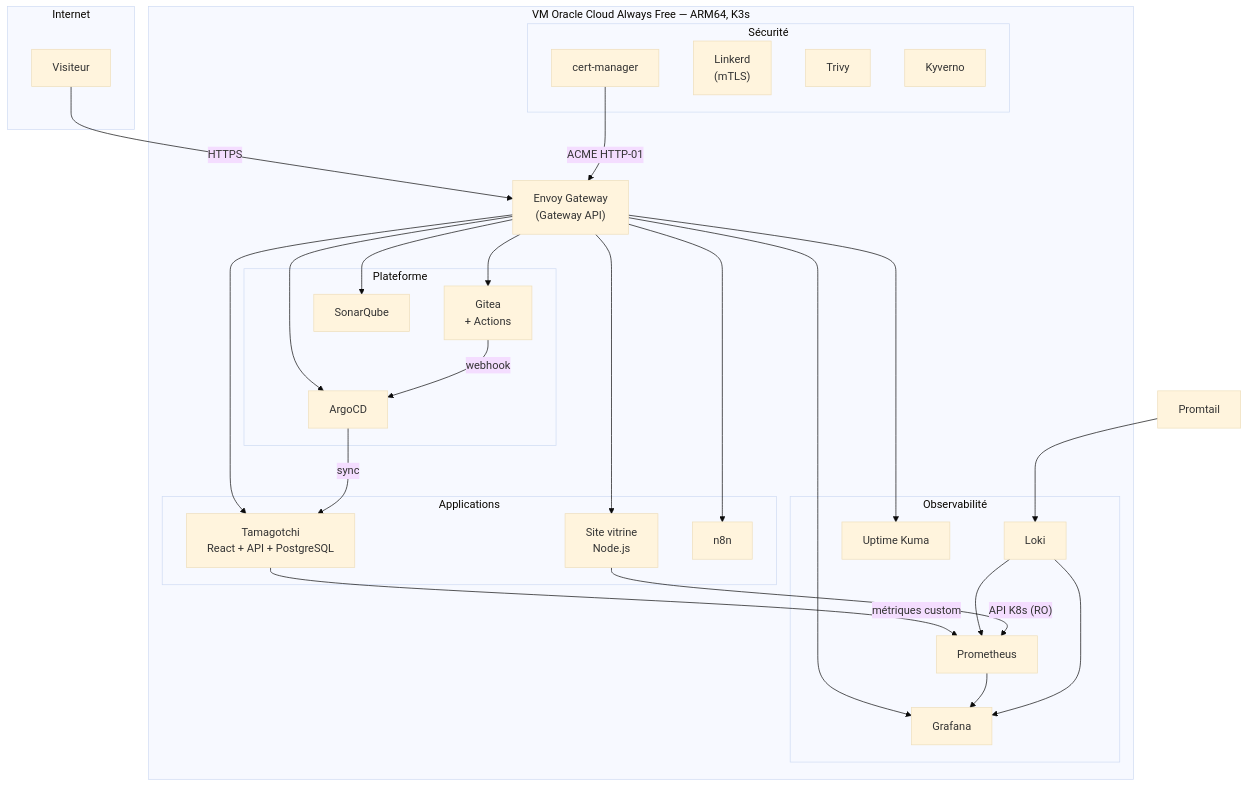
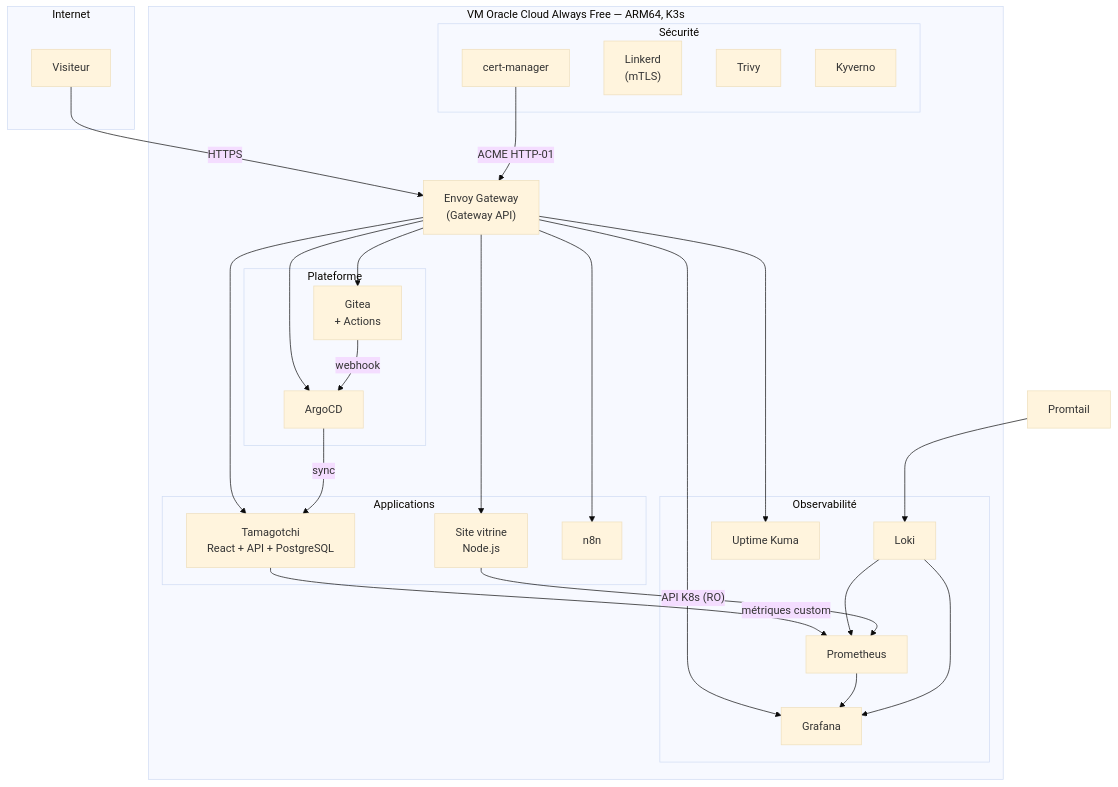
The diagram in README.md (kaliouich/showroom), drawn with Mermaid (base theme) before and after one commit. The commit also changed other lines of this file and 10 other files, not shown here.

````diff
--- a/README.md
+++ b/README.md
@@ -13,47 +13,46 @@
 ```mermaid
 graph TB
     subgraph Internet
         U[Visiteur]
     end
 
     subgraph "VM Oracle Cloud Always Free — ARM64, K3s"
         EG["Envoy Gateway<br/>(Gateway API)"]
 
         subgraph "Plateforme"
             AC[ArgoCD]
             GT["Gitea<br/>+ Actions"]
-            SQ[SonarQube]
         end
 
         subgraph "Observabilité"
             PR[Prometheus]
             GF[Grafana]
             LK[Loki]
             UK[Uptime Kuma]
         end
 
         subgraph "Applications"
             WS["Site vitrine<br/>Node.js"]
             TG["Tamagotchi<br/>React + API + PostgreSQL"]
             N8[n8n]
         end
 
         subgraph "Sécurité"
             CM[cert-manager]
             LD["Linkerd<br/>(mTLS)"]
             TV[Trivy]
             KV[Kyverno]
         end
     end
 
     U -->|HTTPS| EG
-    EG --> WS & TG & AC & GF & GT & SQ & UK & N8
+    EG --> WS & TG & AC & GF & GT & UK & N8
     GT -->|webhook| AC
     AC -->|sync| TG
     TG -->|métriques custom| PR
     PR --> GF
     LK --> PR
     LO[Promtail] --> LK --> GF
     WS -->|"API K8s (RO)"| PR
     CM -->|"ACME HTTP-01"| EG
 ```
````
